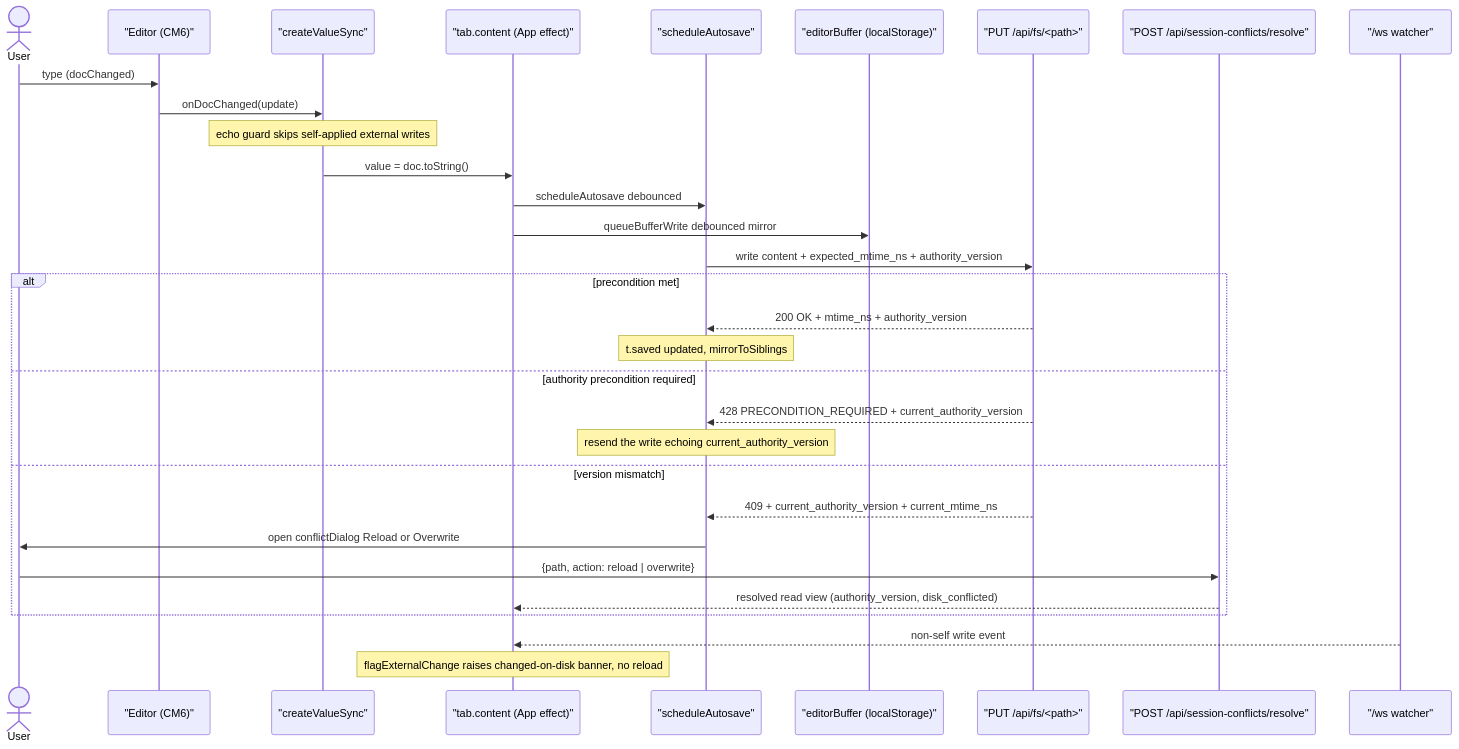
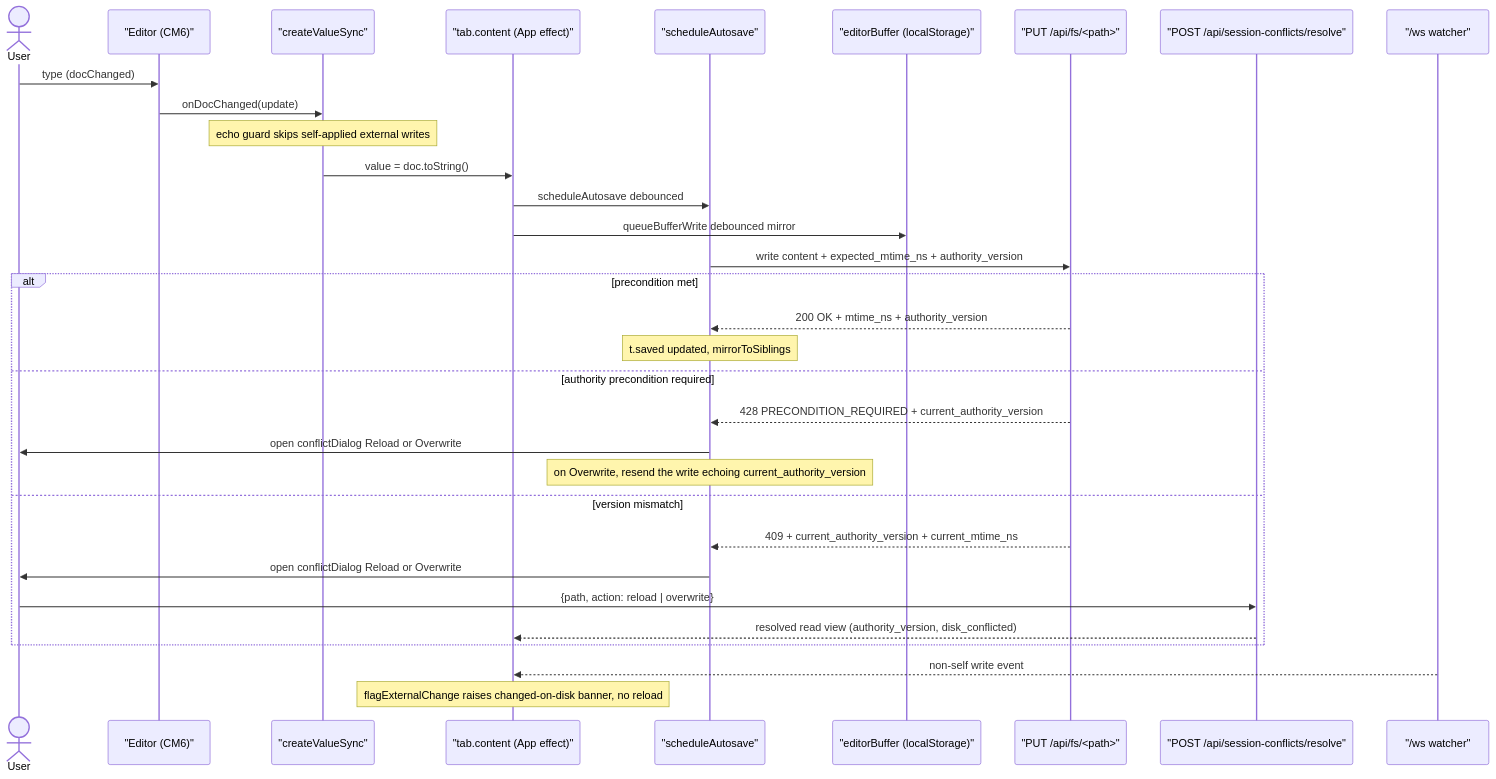
Before and after one commit to fiorix/chan: the fourth of 4 diagrams in web/packages/workspace-app/src/editor/design.md, drawn with Mermaid. The commit also changed other lines of this file, not shown here.

First line of the commit message:
docs(editor): say that the write conflict's code opens the dialog

````diff
--- a/web/packages/workspace-app/src/editor/design.md
+++ b/web/packages/workspace-app/src/editor/design.md
@@ -192,34 +192,35 @@
 ```mermaid
 sequenceDiagram
     actor User
     participant CM as "Editor (CM6)"
     participant Sync as "createValueSync"
     participant Tab as "tab.content (App effect)"
     participant Save as "scheduleAutosave"
     participant LS as "editorBuffer (localStorage)"
     participant Srv as "PUT /api/fs/<path>"
     participant Res as "POST /api/session-conflicts/resolve"
     participant WS as "/ws watcher"
 
     User->>CM: type (docChanged)
     CM->>Sync: onDocChanged(update)
     Note over Sync: echo guard skips self-applied external writes
     Sync->>Tab: value = doc.toString()
     Tab->>Save: scheduleAutosave debounced
     Tab->>LS: queueBufferWrite debounced mirror
     Save->>Srv: write content + expected_mtime_ns + authority_version
     alt precondition met
         Srv-->>Save: 200 OK + mtime_ns + authority_version
         Note over Save: t.saved updated, mirrorToSiblings
     else authority precondition required
         Srv-->>Save: 428 PRECONDITION_REQUIRED + current_authority_version
-        Note over Save: resend the write echoing current_authority_version
+        Save->>User: open conflictDialog Reload or Overwrite
+        Note over Save: on Overwrite, resend the write echoing current_authority_version
     else version mismatch
         Srv-->>Save: 409 + current_authority_version + current_mtime_ns
         Save->>User: open conflictDialog Reload or Overwrite
         User->>Res: {path, action: reload | overwrite}
         Res-->>Tab: resolved read view (authority_version, disk_conflicted)
     end
     WS-->>Tab: non-self write event
     Note over Tab: flagExternalChange raises changed-on-disk banner, no reload
 ```
````
